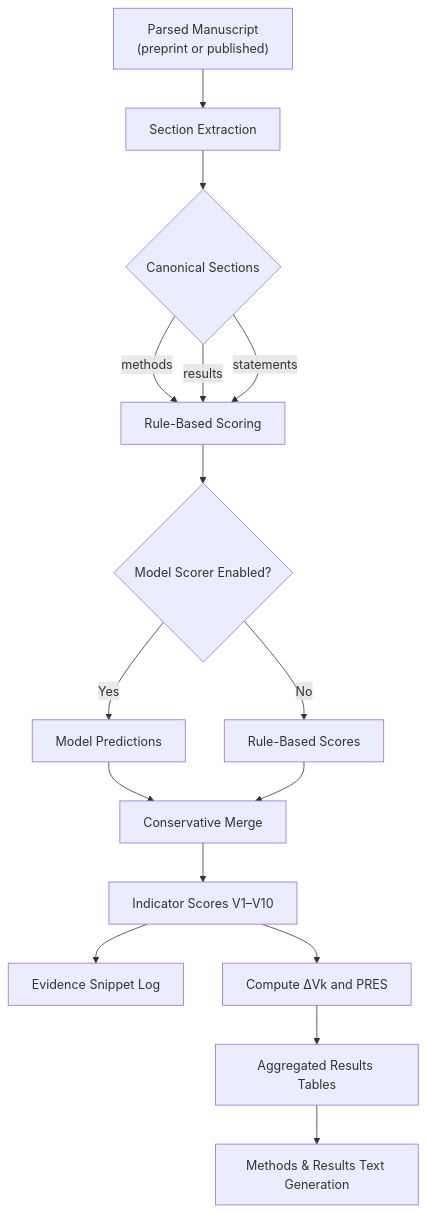
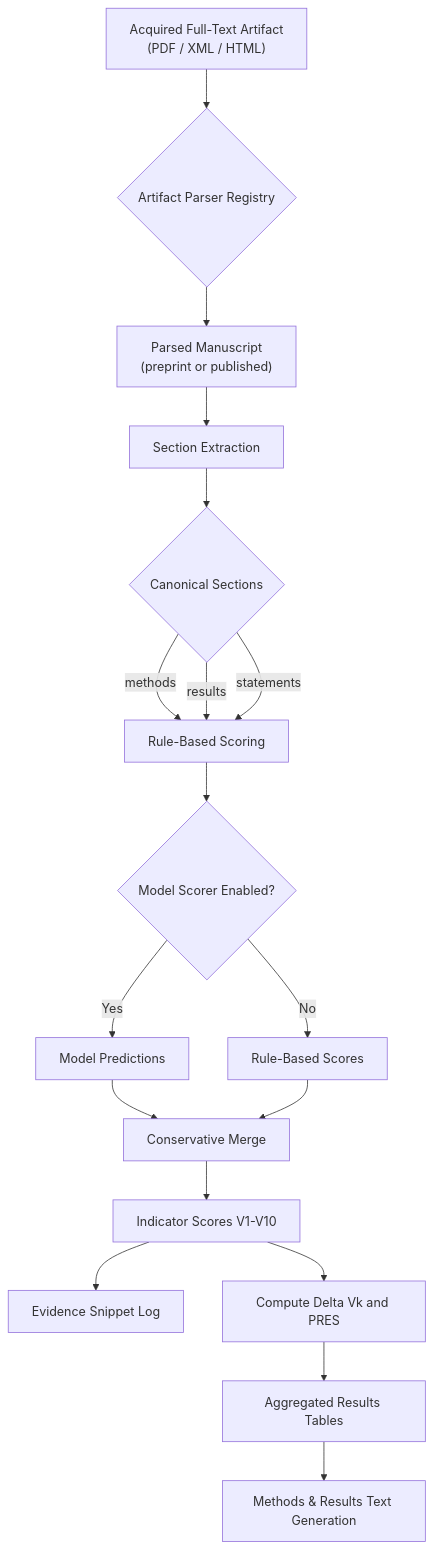
The second of 2 diagrams in docs/methods_and_results_generation.md (UofC-Research/peer-review), drawn with Mermaid before and after one commit. The commit also changed other lines of this file and 6 other files, not shown here.

First line of the commit message:
feat(transform): add artifact parsing and scoring workflow

````diff
--- a/docs/methods_and_results_generation.md
+++ b/docs/methods_and_results_generation.md
@@ -259,18 +275,20 @@
 ```mermaid
 flowchart TD
-    A["Parsed Manuscript<br/>(preprint or published)"] --> B["Section Extraction"]
-    B --> C{"Canonical Sections"}
-    C -->|methods| D["Rule-Based Scoring"]
-    C -->|results| D
-    C -->|statements| D
-    D --> E{"Model Scorer Enabled?"}
-    E -->|No| F["Rule-Based Scores"]
-    E -->|Yes| G["Model Predictions"]
-    G --> H["Conservative Merge"]
-    F --> H
-    H --> I["Indicator Scores V1–V10"]
-    I --> J["Evidence Snippet Log"]
-    I --> K["Compute ΔVk and PRES"]
-    K --> L["Aggregated Results Tables"]
-    L --> M["Methods & Results Text Generation"]
+    A["Acquired Full-Text Artifact<br/>(PDF / XML / HTML)"] --> B{"Artifact Parser Registry"}
+    B --> C["Parsed Manuscript<br/>(preprint or published)"]
+    C --> D["Section Extraction"]
+    D --> E{"Canonical Sections"}
+    E -->|methods| F["Rule-Based Scoring"]
+    E -->|results| F
+    E -->|statements| F
+    F --> G{"Model Scorer Enabled?"}
+    G -->|No| H["Rule-Based Scores"]
+    G -->|Yes| I["Model Predictions"]
+    I --> J["Conservative Merge"]
+    H --> J
+    J --> K["Indicator Scores V1-V10"]
+    K --> L["Evidence Snippet Log"]
+    K --> M["Compute Delta Vk and PRES"]
+    M --> N["Aggregated Results Tables"]
+    N --> O["Methods & Results Text Generation"]
 ```
````
